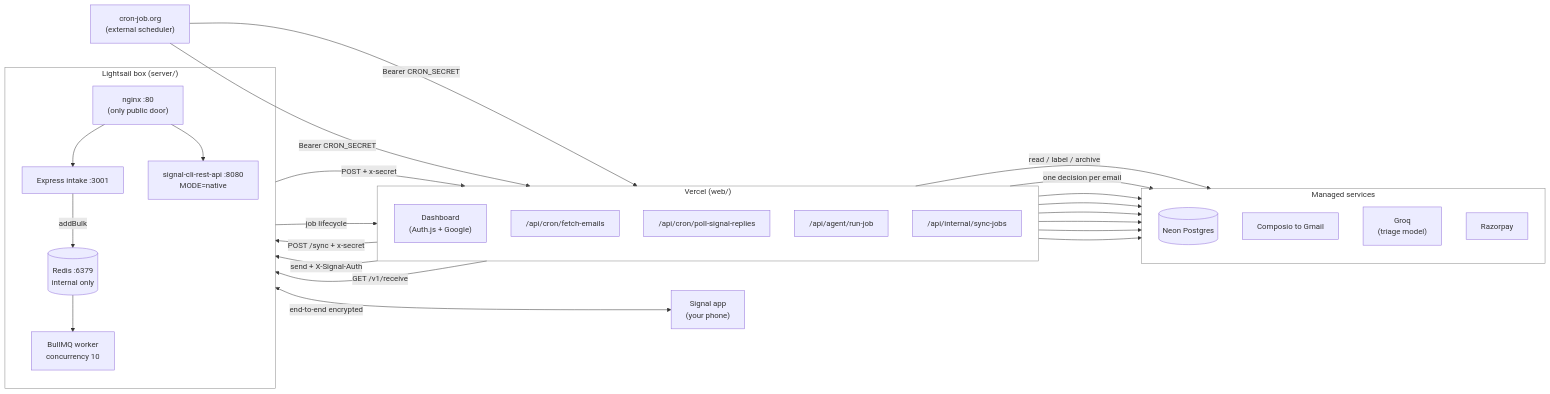
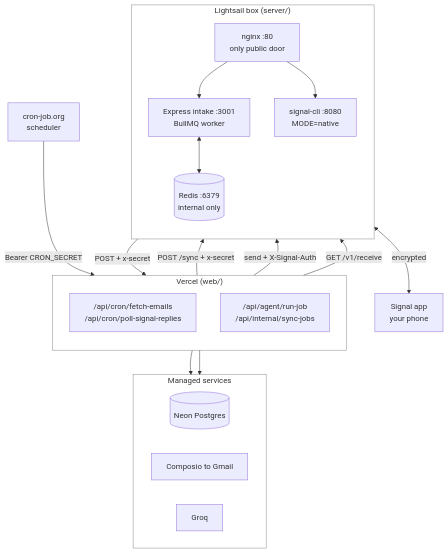
One commit to prawesh-12/sync-pilot changed the second of 3 diagrams in README.md. Above: the diagram before and after it, drawn with Mermaid. The commit also changed other lines of this file and 10 other files, not shown here.

````diff
--- a/README.md
+++ b/README.md
@@ -126,59 +126,43 @@
 ```mermaid
-flowchart LR
-    phone["Signal app<br/>(your phone)"]
-    sched["cron-job.org<br/>(external scheduler)"]
+flowchart TB
+    sched["cron-job.org<br/>scheduler"]
 
     subgraph vercel["Vercel (web/)"]
         direction TB
-        ui["Dashboard<br/>(Auth.js + Google)"]
-        fetch["/api/cron/fetch-emails"]
-        poll["/api/cron/poll-signal-replies"]
-        runjob["/api/agent/run-job"]
-        status["/api/internal/sync-jobs"]
+        cron["/api/cron/fetch-emails<br>/api/cron/poll-signal-replies"]
+        agent["/api/agent/run-job<br>/api/internal/sync-jobs"]
     end
 
     subgraph box["Lightsail box (server/)"]
         direction TB
-        nginx["nginx :80<br/>(only public door)"]
-        intake["Express intake :3001"]
-        redis[("Redis :6379<br/>internal only")]
-        worker["BullMQ worker<br/>concurrency 10"]
-        signal["signal-cli-rest-api :8080<br/>MODE=native"]
+        nginx["nginx :80<br>only public door"]
+        queue["Express intake :3001<br>BullMQ worker"]
+        redis[("Redis :6379<br>internal only")]
+        signal["signal-cli :8080<br>MODE=native"]
     end
 
     subgraph managed["Managed services"]
-        direction TB
+        direction LR
         neon[("Neon Postgres")]
         composio["Composio to Gmail"]
-        groq["Groq<br/>(triage model)"]
-        razorpay["Razorpay"]
+        groq["Groq"]
     end
 
-    sched -->|"Bearer CRON_SECRET"| fetch
-    sched -->|"Bearer CRON_SECRET"| poll
+    phone["Signal app<br>your phone"]
 
-    fetch -->|"POST /sync + x-secret"| nginx
-    nginx --> intake
-    intake -->|"addBulk"| redis
-    redis --> worker
-    worker -->|"POST + x-secret"| runjob
-    worker -->|"job lifecycle"| status
-
-    runjob -->|"read / label / archive"| composio
-    runjob -->|"one decision per email"| groq
-    runjob -->|"send + X-Signal-Auth"| nginx
-    poll -->|"GET /v1/receive"| nginx
+    sched -->|"Bearer CRON_SECRET"| cron
+    cron -->|"POST /sync + x-secret"| nginx
+    nginx --> queue
+    queue <--> redis
+    queue -->|"POST + x-secret"| agent
+    agent -->|"send + X-Signal-Auth"| nginx
+    cron -->|"GET /v1/receive"| nginx
     nginx --> signal
-    signal <-->|"end-to-end encrypted"| phone
-
-    ui --> neon
-    ui --> razorpay
-    fetch --> neon
-    poll --> neon
-    runjob --> neon
-    status --> neon
+    signal <-->|"encrypted"| phone
+    agent --> managed
+    cron --> neon
 
     style vercel fill:none,stroke:#888,stroke-width:1px
     style box fill:none,stroke:#888,stroke-width:1px
     style managed fill:none,stroke:#888,stroke-width:1px
 ```
````
